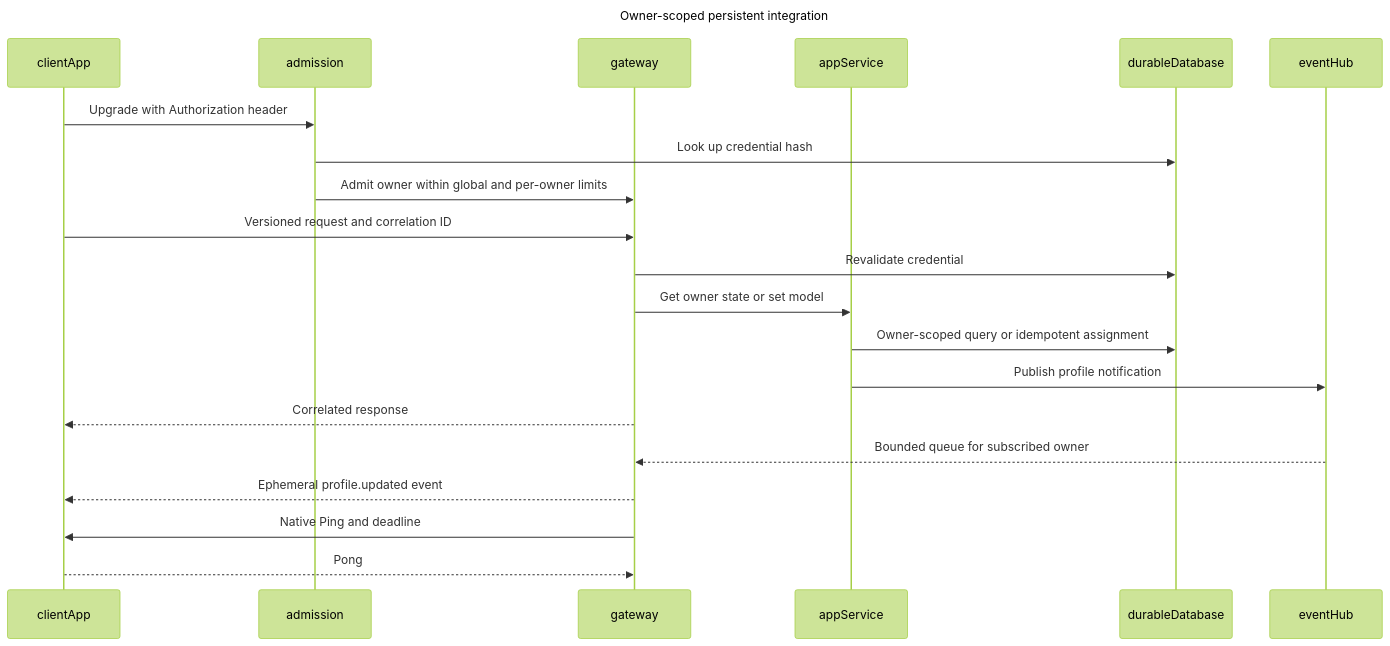
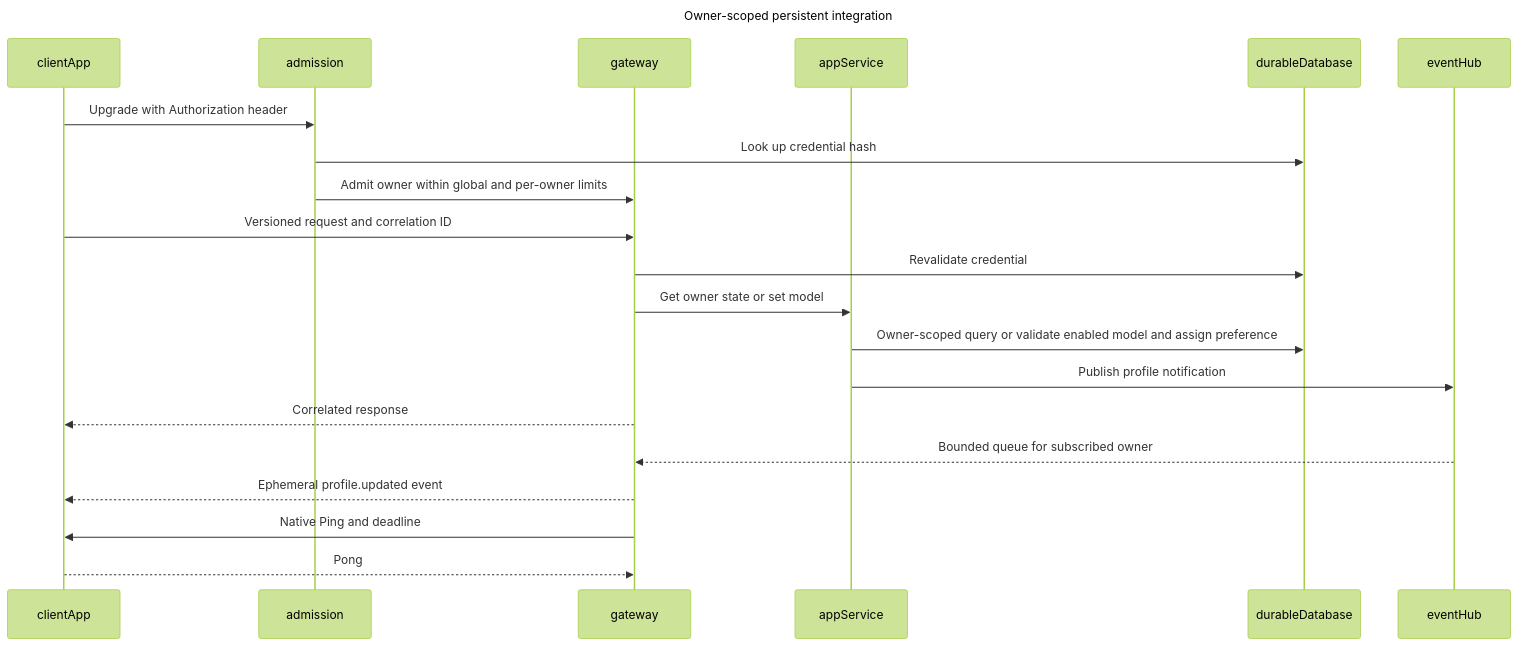
The fifth of 6 diagrams in docs/project-flow-sequence.md (henius98/BaziFlowAgent), drawn with Mermaid (forest theme) before and after one commit. The commit also changed other lines of this file and 71 other files, not shown here.

````diff
--- a/docs/project-flow-sequence.md
+++ b/docs/project-flow-sequence.md
@@ -149,24 +176,24 @@
 ```mermaid
 sequenceDiagram
     title Owner-scoped persistent integration
     participant clientApp
     participant admission
     participant gateway
     participant appService
     participant durableDatabase
     participant eventHub
 
     clientApp->>admission: Upgrade with Authorization header
     admission->>durableDatabase: Look up credential hash
     admission->>gateway: Admit owner within global and per-owner limits
     clientApp->>gateway: Versioned request and correlation ID
     gateway->>durableDatabase: Revalidate credential
     gateway->>appService: Get owner state or set model
-    appService->>durableDatabase: Owner-scoped query or idempotent assignment
+    appService->>durableDatabase: Owner-scoped query or validate enabled model and assign preference
     appService->>eventHub: Publish profile notification
     gateway-->>clientApp: Correlated response
     eventHub-->>gateway: Bounded queue for subscribed owner
     gateway-->>clientApp: Ephemeral profile.updated event
     gateway->>clientApp: Native Ping and deadline
     clientApp-->>gateway: Pong
 ```
````
